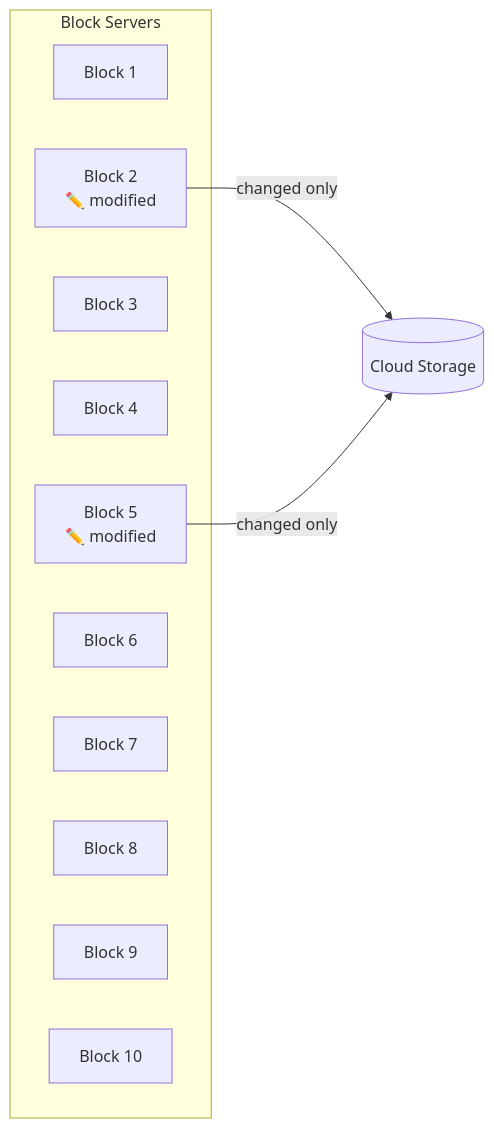
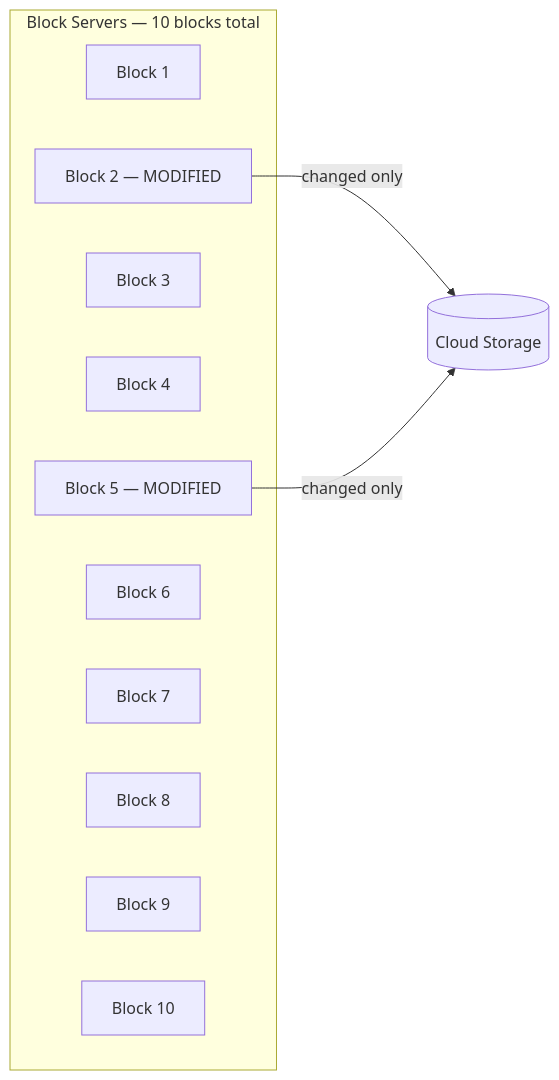
Before and after one commit to Arnavjain1703/HLD: the ninth of 16 diagrams in google-drive-system-design.md, drawn with Mermaid. The commit also changed other lines of this file, not shown here.

````diff
--- a/google-drive-system-design.md
+++ b/google-drive-system-design.md
@@ -273,19 +291,19 @@
 ```mermaid
 graph LR
-    subgraph bsrv[Block Servers]
-        b1[Block 1]
-        b2[Block 2\n✏️ modified]
-        b3[Block 3]
-        b4[Block 4]
-        b5[Block 5\n✏️ modified]
-        b6[Block 6]
-        b7[Block 7]
-        b8[Block 8]
-        b9[Block 9]
-        b10[Block 10]
+    subgraph bsrv["Block Servers — 10 blocks total"]
+        b1["Block 1"]
+        b2["Block 2 — MODIFIED"]
+        b3["Block 3"]
+        b4["Block 4"]
+        b5["Block 5 — MODIFIED"]
+        b6["Block 6"]
+        b7["Block 7"]
+        b8["Block 8"]
+        b9["Block 9"]
+        b10["Block 10"]
     end
-    cs[(Cloud Storage)]
+    cs[("Cloud Storage")]
 
     b2 -->|"changed only"| cs
     b5 -->|"changed only"| cs
 ```
````
